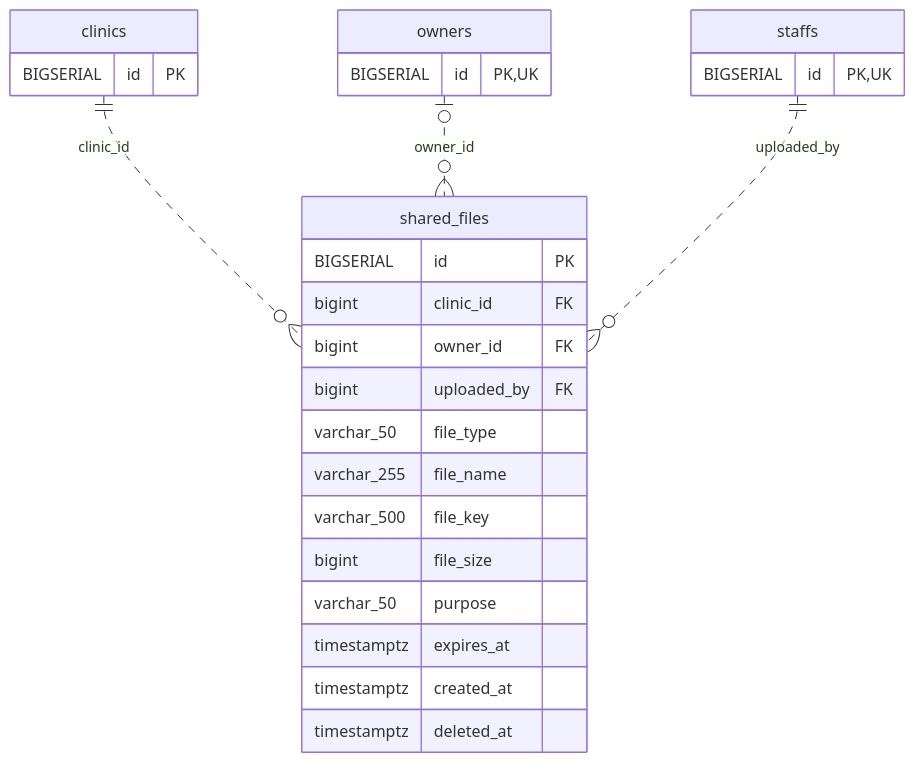
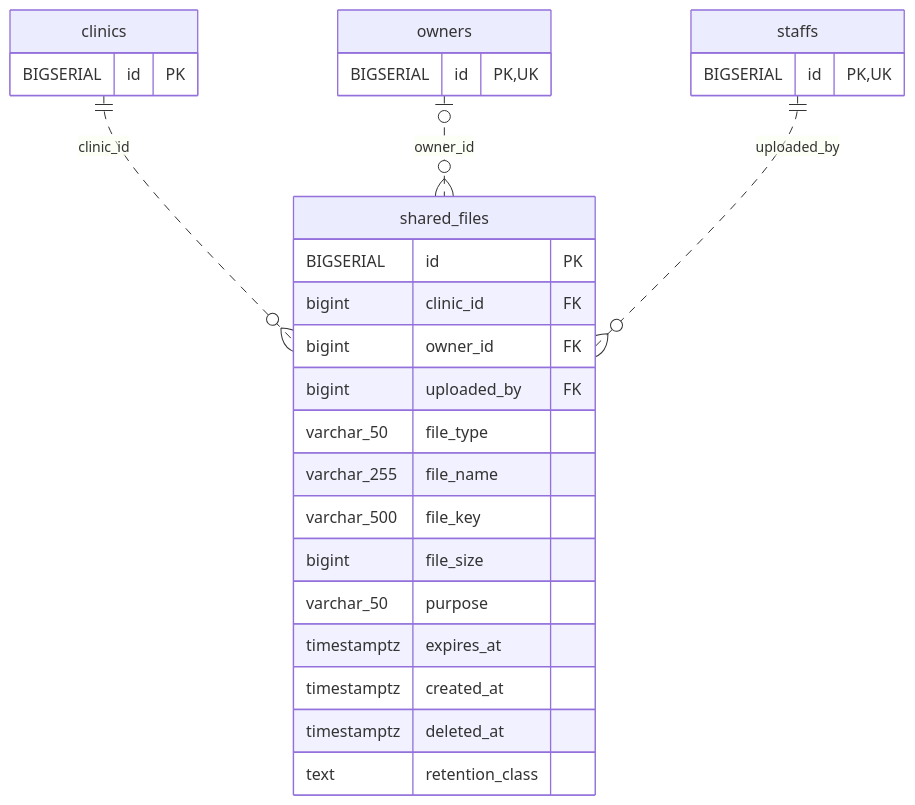
Before and after one commit to MinoruSoga/AnimalEkarte: the diagram in docs/architecture/erd-detail/shared_files.md, drawn with Mermaid. The commit also changed other lines of this file and 147 other files, not shown here.

````diff
--- a/docs/architecture/erd-detail/shared_files.md
+++ b/docs/architecture/erd-detail/shared_files.md
@@ -35,29 +36,30 @@
 ```mermaid
 erDiagram
     shared_files {
         BIGSERIAL id PK
         bigint clinic_id FK
         bigint owner_id FK
         bigint uploaded_by FK
         varchar_50 file_type
         varchar_255 file_name
         varchar_500 file_key
         bigint file_size
         varchar_50 purpose
         timestamptz expires_at
         timestamptz created_at
         timestamptz deleted_at
+        text retention_class
     }
     clinics {
         BIGSERIAL id PK
     }
     owners {
         BIGSERIAL id PK,UK
     }
     staffs {
         BIGSERIAL id PK,UK
     }
     clinics ||..o{ shared_files : "clinic_id"
     owners o|..o{ shared_files : "owner_id"
     staffs ||..o{ shared_files : "uploaded_by"
 ```
````
